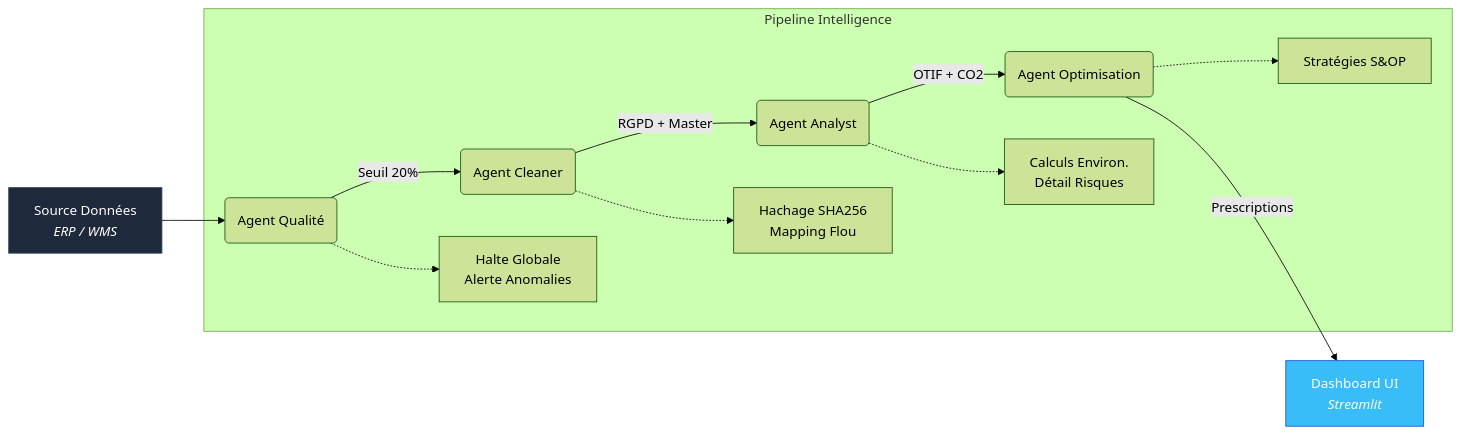
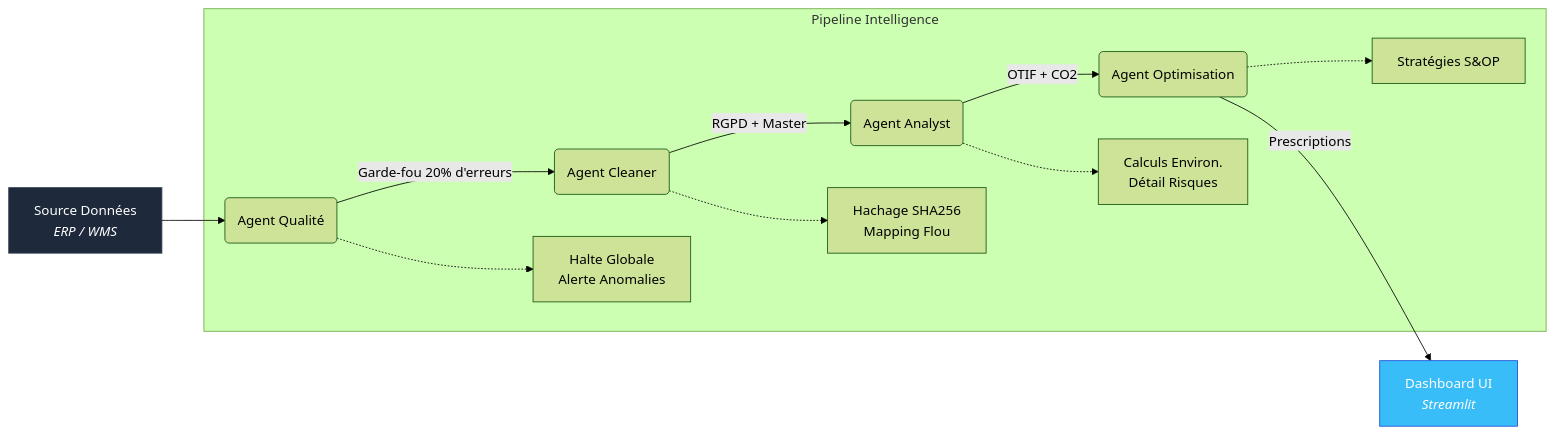
The diagram in README.md (thilnguy/logisphere-AI), drawn with Mermaid (forest theme) before and after one commit.

Commit message:
Docs: Clarify Quality Agent threshold as a guardrail

````diff
--- a/README.md
+++ b/README.md
@@ -10,18 +10,18 @@
 ```mermaid
 graph LR
     A[Source Données<br/><i>ERP / WMS</i>] --> B(Agent Qualité)
-    B -- "Seuil 20%" --> C(Agent Cleaner)
+    B -- "Garde-fou 20% d'erreurs" --> C(Agent Cleaner)
     C -- "RGPD + Master" --> D(Agent Analyst)
     D -- "OTIF + CO2" --> E(Agent Optimisation)
     E -- "Prescriptions" --> F[Dashboard UI<br/><i>Streamlit</i>]
 
     subgraph "Pipeline Intelligence"
     B -.-> B1[Halte Globale<br/>Alerte Anomalies]
     C -.-> C1[Hachage SHA256<br/>Mapping Flou]
     D -.-> D1[Calculs Environ.<br/>Détail Risques]
     E -.-> E1[Stratégies S&OP]
     end
 
     style F fill:#38bdf8,stroke:#1d4ed8,color:#fff
     style A fill:#1e293b,stroke:#334155,color:#fff
 ```
````
